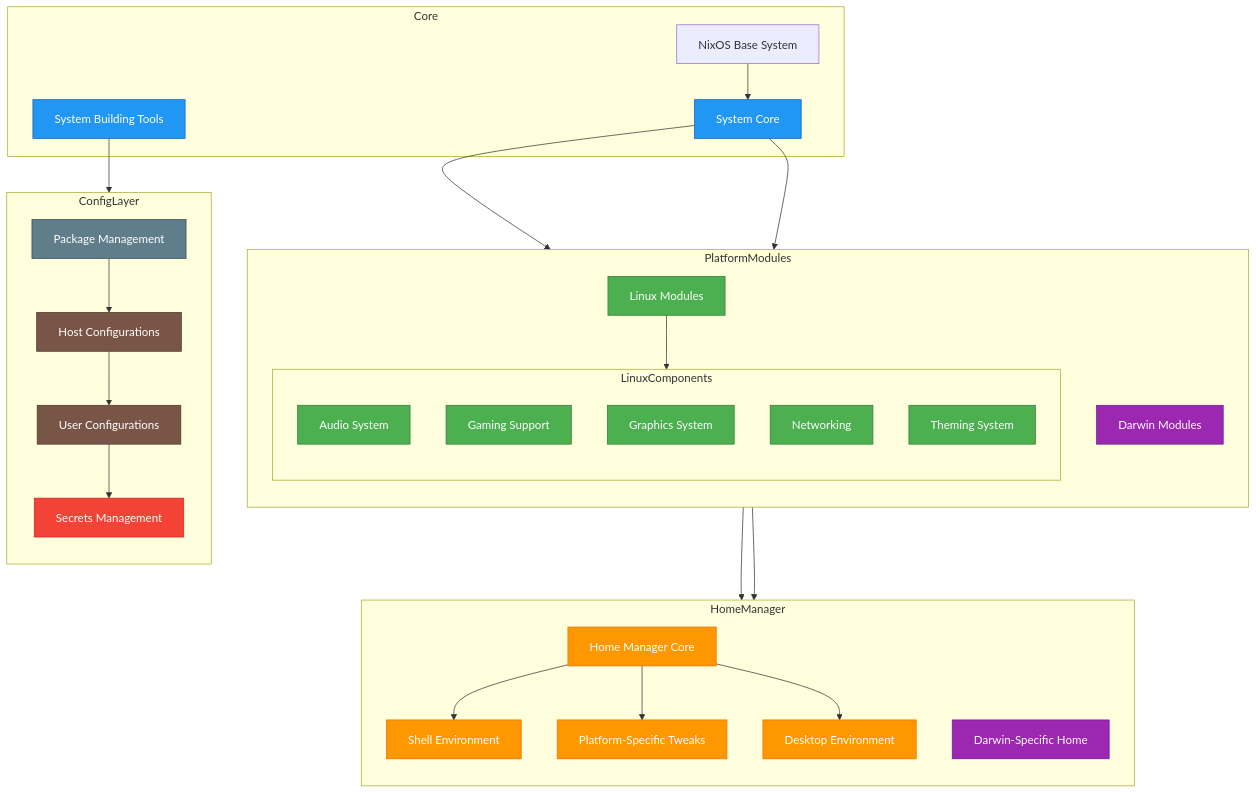
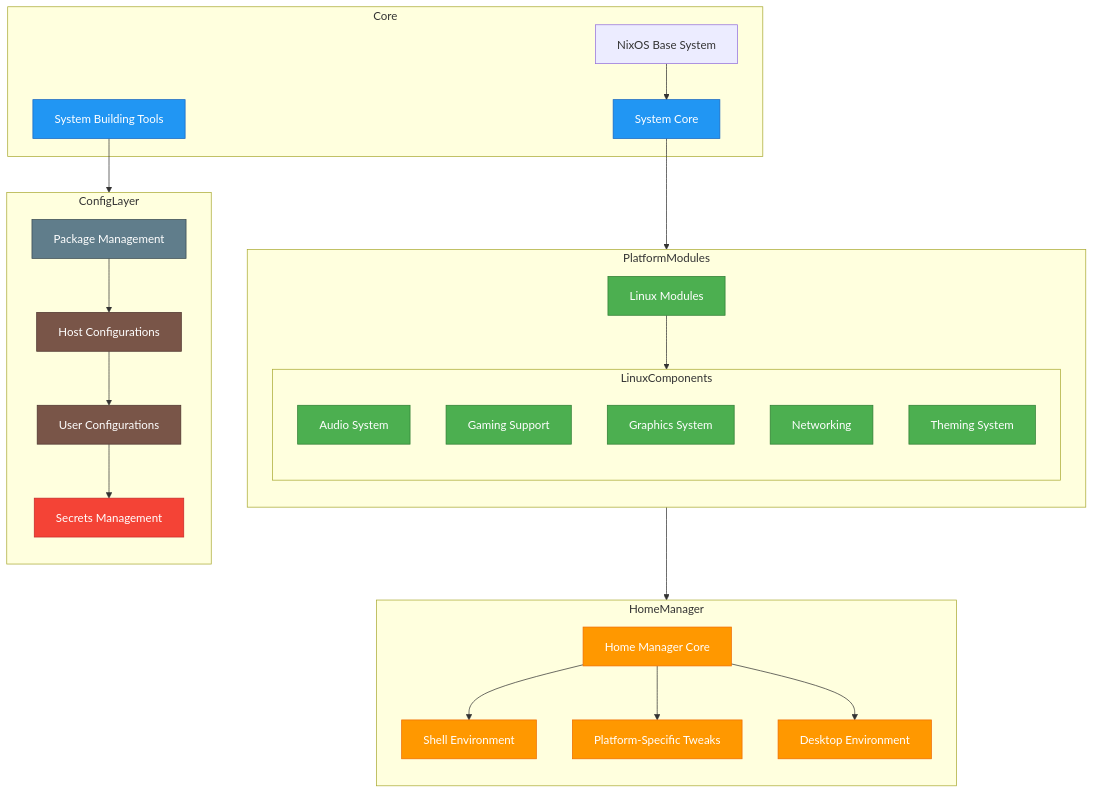
The diagram in README.md (youwen5/liminalOS), drawn with Mermaid before and after one commit.

Commit message:
docs: remove mention of darwin

```diff
--- a/README.md
+++ b/README.md
@@ -31,7 +31,6 @@
     subgraph PlatformModules
         direction TB
         Linux["Linux Modules"]:::linux
-        Darwin["Darwin Modules"]:::darwin
 
         subgraph LinuxComponents
             direction TB
@@ -49,7 +48,6 @@
         Desktop["Desktop Environment"]:::hm
         Shell["Shell Environment"]:::hm
         Platform["Platform-Specific Tweaks"]:::hm
-        DarwinHome["Darwin-Specific Home"]:::darwin
     end
 
     subgraph ConfigLayer
@@ -63,12 +61,10 @@
     %% Relationships
     NixOS --> SysCore
     SysCore --> Linux
-    SysCore --> Darwin
     BuildTools --> HostConfig
     
     Linux --> LinuxComponents
     Linux --> Desktop
-    Darwin --> DarwinHome
 
     HMCore --> Shell
     HMCore --> Platform
@@ -82,7 +78,6 @@
     click SysCore "https://github.com/youwen5/liminalos/tree/main/modules/linux/core/"
     click BuildTools "https://github.com/youwen5/liminalos/blob/main/lib/buildLiminalOS.nix"
     click Linux "https://github.com/youwen5/liminalos/tree/main/modules/linux/"
-    click Darwin "https://github.com/youwen5/liminalos/tree/main/modules/darwin/"
     click Audio "https://github.com/youwen5/liminalos/tree/main/modules/linux/audio/"
     click Gaming "https://github.com/youwen5/liminalos/tree/main/modules/linux/gaming/"
     click Graphics "https://github.com/youwen5/liminalos/tree/main/modules/linux/graphics/"
@@ -92,7 +87,6 @@
     click Desktop "https://github.com/youwen5/liminalos/tree/main/hm/modules/linux/desktop-environment/"
     click Shell "https://github.com/youwen5/liminalos/tree/main/hm/modules/common/shellenv/"
     click Platform "https://github.com/youwen5/liminalos/tree/main/hm/modules/linux/platform-tweaks/"
-    click DarwinHome "https://github.com/youwen5/liminalos/blob/main/hm/modules/darwin/darwin-home.nix"
     click HostConfig "https://github.com/youwen5/liminalos/tree/main/reference/hosts/"
     click UserConfig "https://github.com/youwen5/liminalos/tree/main/reference/users/"
     click Secrets "https://github.com/youwen5/liminalos/tree/main/reference/secrets/"
@@ -101,7 +95,6 @@
     %% Styling
     classDef core fill:#2196F3,stroke:#1565C0,color:white
     classDef linux fill:#4CAF50,stroke:#2E7D32,color:white
-    classDef darwin fill:#9C27B0,stroke:#6A1B9A,color:white
     classDef hm fill:#FF9800,stroke:#EF6C00,color:white
     classDef config fill:#795548,stroke:#4E342E,color:white
     classDef security fill:#F44336,stroke:#C62828,color:white
```
